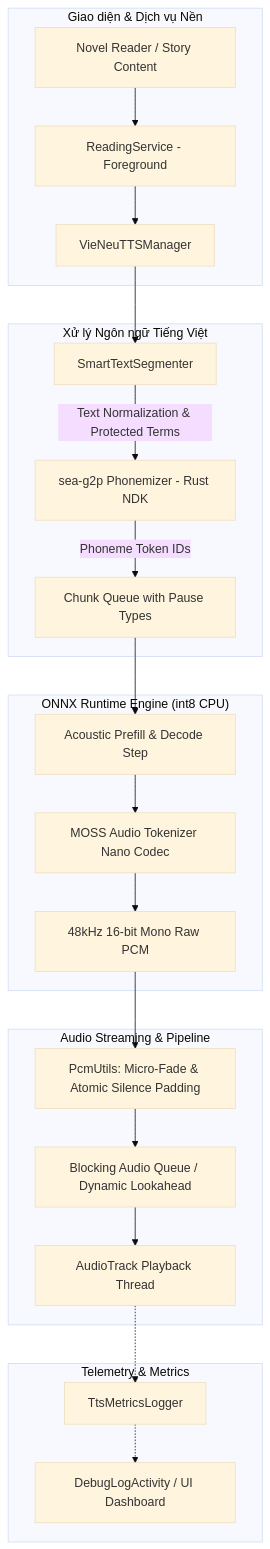
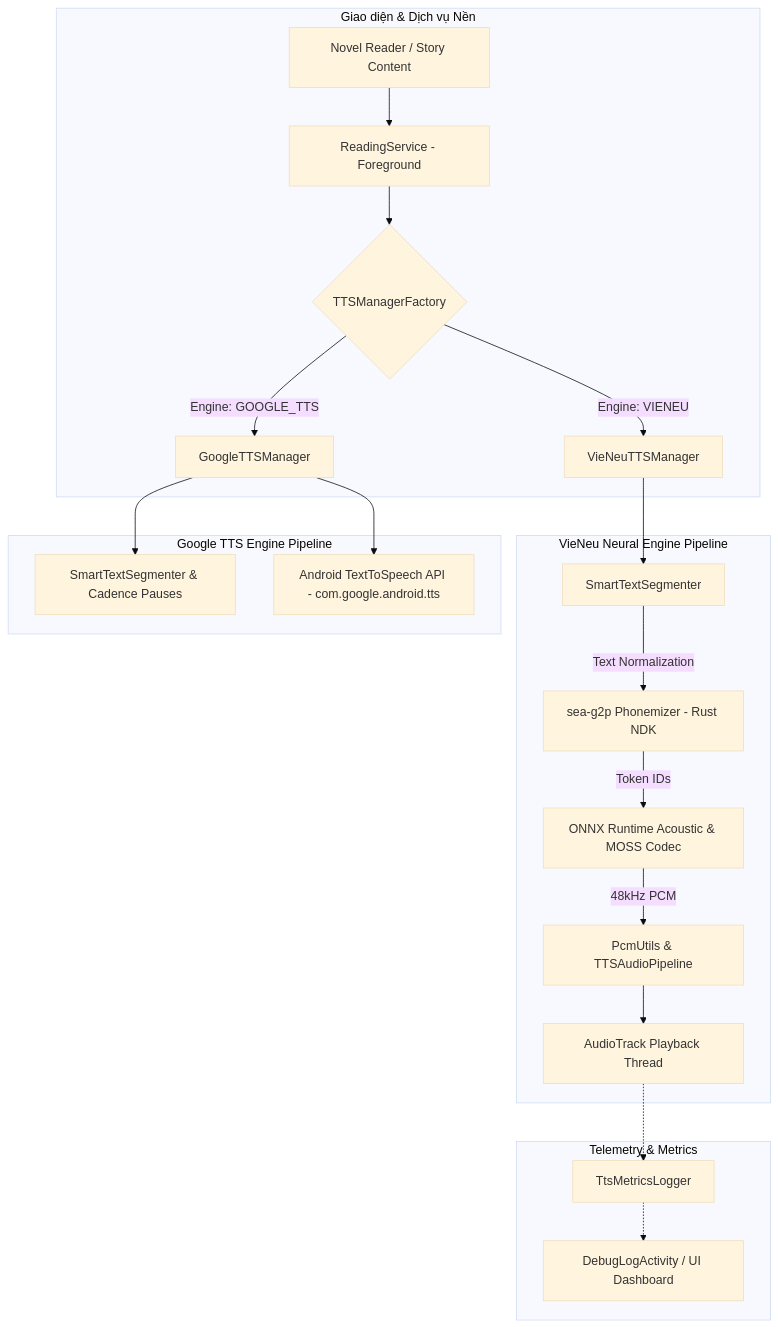
One commit to skul9x/DocTruyenApk changed the diagram in README.md. Above: the diagram before and after it, drawn with Mermaid (base theme). The commit also changed other lines of this file and 52 other files, not shown here.

Commit message:
feat(tts): Dual TTS Engine, background playback, voice switching and UI voice picker improvements

````diff
--- a/README.md
+++ b/README.md
@@ -27,30 +29,27 @@
 ```mermaid
 flowchart TD
     subgraph UI_Service ["Giao diện & Dịch vụ Nền"]
         A[Novel Reader / Story Content] --> B[ReadingService - Foreground]
-        B --> C[VieNeuTTSManager]
+        B --> C{TTSManagerFactory}
+        C -->|Engine: VIENEU| D1[VieNeuTTSManager]
+        C -->|Engine: GOOGLE_TTS| D2[GoogleTTSManager]
     end
 
-    subgraph Text_Processing ["Xử lý Ngôn ngữ Tiếng Việt"]
-        C --> D[SmartTextSegmenter]
-        D -->|Text Normalization & Protected Terms| E[sea-g2p Phonemizer - Rust NDK]
-        E -->|Phoneme Token IDs| F[Chunk Queue with Pause Types]
+    subgraph VieNeu_Pipeline ["VieNeu Neural Engine Pipeline"]
+        D1 --> E[SmartTextSegmenter]
+        E -->|Text Normalization| F[sea-g2p Phonemizer - Rust NDK]
+        F -->|Token IDs| G[ONNX Runtime Acoustic & MOSS Codec]
+        G -->|48kHz PCM| H[PcmUtils & TTSAudioPipeline]
+        H --> I[AudioTrack Playback Thread]
     end
 
-    subgraph AI_Inference ["ONNX Runtime Engine (int8 CPU)"]
-        F --> G[Acoustic Prefill & Decode Step]
-        G --> H[MOSS Audio Tokenizer Nano Codec]
-        H --> I[48kHz 16-bit Mono Raw PCM]
-    end
-
-    subgraph Audio_Pipeline ["Audio Streaming & Pipeline"]
-        I --> J[PcmUtils: Micro-Fade & Atomic Silence Padding]
-        J --> K[Blocking Audio Queue / Dynamic Lookahead]
-        K --> L[AudioTrack Playback Thread]
+    subgraph Google_Pipeline ["Google TTS Engine Pipeline"]
+        D2 --> J[SmartTextSegmenter & Cadence Pauses]
+        D2 --> K[Android TextToSpeech API - com.google.android.tts]
     end
 
     subgraph Telemetry ["Telemetry & Metrics"]
-        L -.-> M[TtsMetricsLogger]
-        M -.-> N[DebugLogActivity / UI Dashboard]
+        I -.-> L[TtsMetricsLogger]
+        L -.-> M[DebugLogActivity / UI Dashboard]
     end
 ```
````
